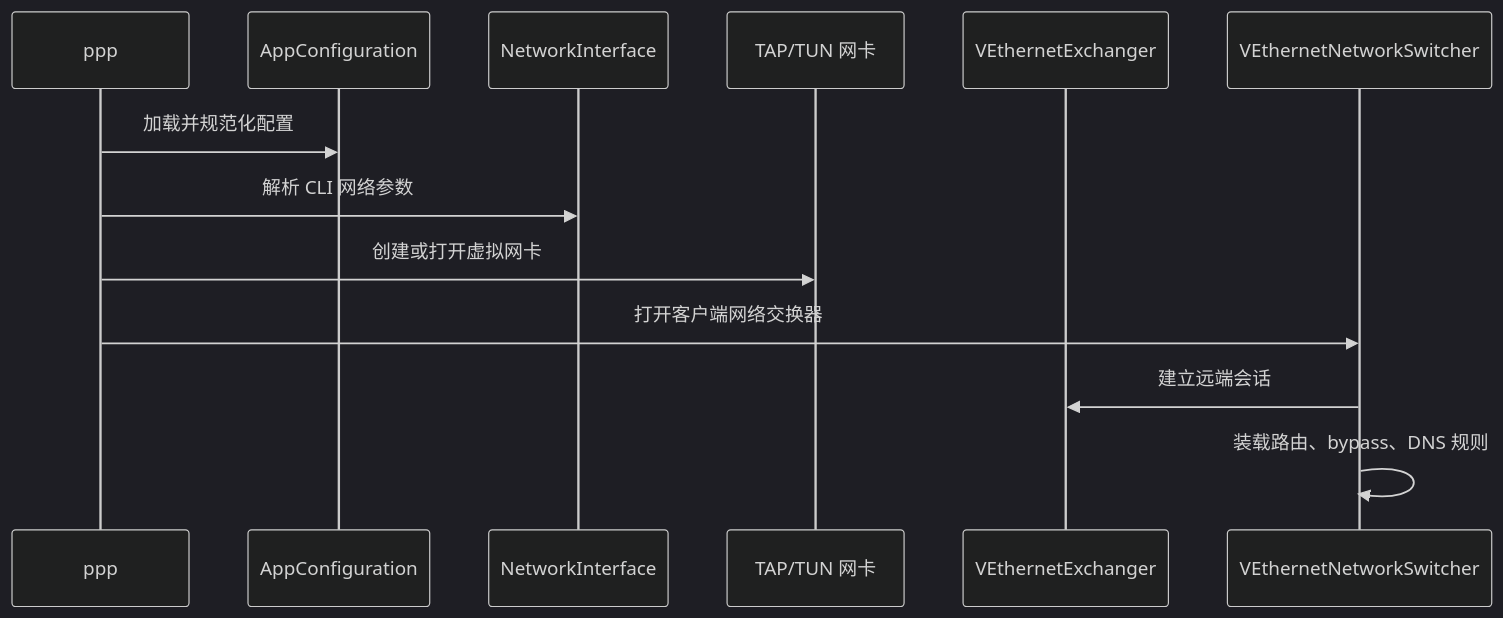
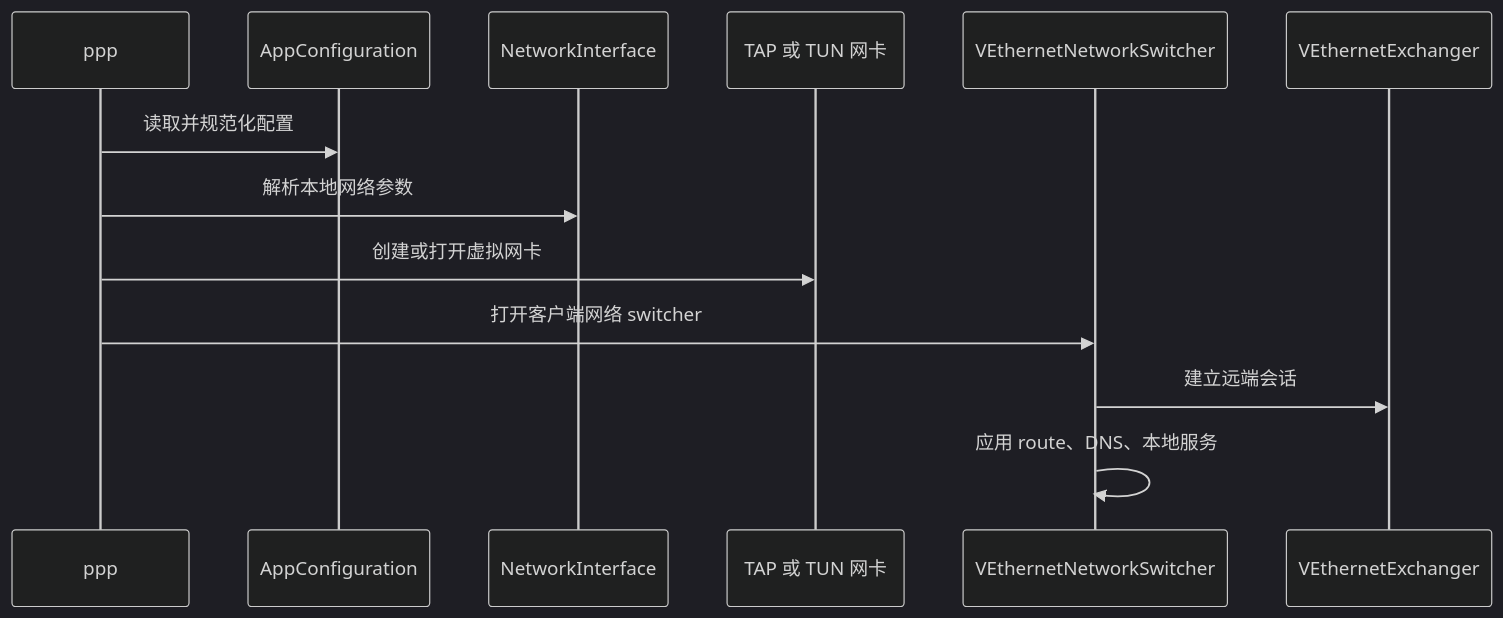
Before and after one commit to HyacinthHaru/openppp2: the fourth of 4 diagrams in docs/USER_MANUAL_CN.md, drawn with Mermaid (dark theme). The commit also changed other lines of this file and 4 other files, not shown here.

````diff
--- a/docs/USER_MANUAL_CN.md
+++ b/docs/USER_MANUAL_CN.md
@@ -103,15 +243,15 @@
 ```mermaid
 sequenceDiagram
     participant P as ppp
     participant C as AppConfiguration
     participant N as NetworkInterface
-    participant T as TAP/TUN 网卡
+    participant T as TAP 或 TUN 网卡
+    participant S as VEthernetNetworkSwitcher
     participant X as VEthernetExchanger
-    participant S as VEthernetNetworkSwitcher
-    P->>C: 加载并规范化配置
-    P->>N: 解析 CLI 网络参数
+    P->>C: 读取并规范化配置
+    P->>N: 解析本地网络参数
     P->>T: 创建或打开虚拟网卡
-    P->>S: 打开客户端网络交换器
+    P->>S: 打开客户端网络 switcher
     S->>X: 建立远端会话
-    S->>S: 装载路由、bypass、DNS 规则
+    S->>S: 应用 route、DNS、本地服务
 ```
````
